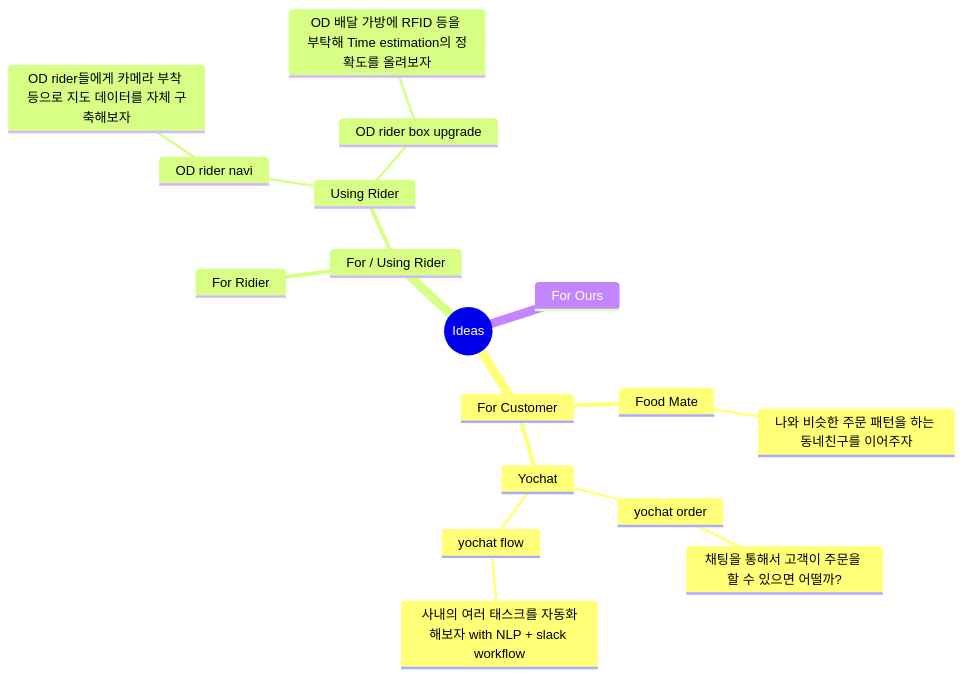
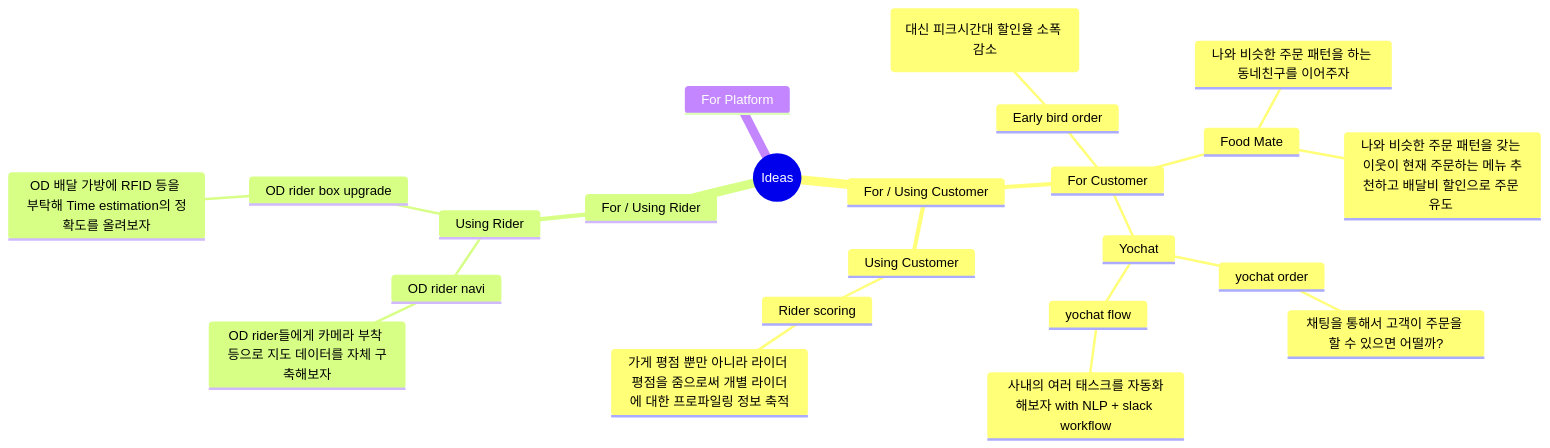
The diagram in README.md (cheehoon-lee/2023-wesang-challenge), drawn with Mermaid before and after one commit.

Commit message:
Update README.md
add usage: early bird order, rider scoring

````diff
--- a/README.md
+++ b/README.md
@@ -3,26 +3,35 @@
 ```mermaid
 mindmap
   root((Ideas))
-    For Customer
-      Food Mate
-        나와 비슷한 주문 패턴을 하는 동네친구를 이어주자
-      Yochat
-        yochat order
-          채팅을 통해서 고객이 주문을 할 수 있으면 어떨까?
-        yochat flow
-          사내의 여러 태스크를 자동화해보자 with NLP + slack workflow
+    For / Using Customer
+      For Customer
+        Early bird order
+          식사 시간대 초입과 끝즘에 할인율을 더 높여 수요 분산 (대신 피크시간대 할인율 소폭 감소)
+        Food Mate
+          나와 비슷한 주문 패턴을 하는 동네친구를 이어주자
+          나와 비슷한 주문 패턴을 갖는 이웃이 현재 주문하는 메뉴 추천하고 배달비 할인으로 주문 유도 
+        Yochat
+          yochat order
+            채팅을 통해서 고객이 주문을 할 수 있으면 어떨까?
+          yochat flow
+            사내의 여러 태스크를 자동화해보자 with NLP + slack workflow
+      Using Customer
+        Rider scoring
+          가게 평점 뿐만 아니라 라이더 평점을 줌으로써 개별 라이더에 대한 프로파일링 정보 축적
     For / Using Rider
-      For Ridier
       Using Rider
         OD rider navi
           OD rider들에게 카메라 부착 등으로 지도 데이터를 자체 구축해보자
         OD rider box upgrade
           OD 배달 가방에 RFID 등을 부탁해 Time estimation의 정확도를 올려보자
-    For Ours
+    For Platform
+      
+
+
     
     
       
       
 
 
 ```
````
